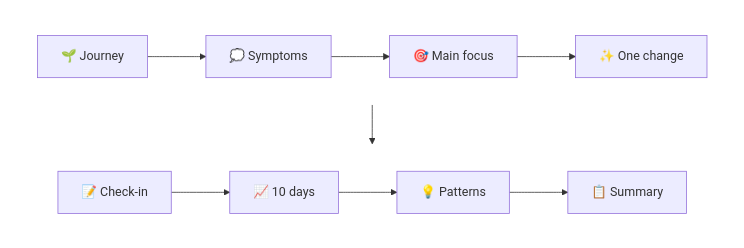
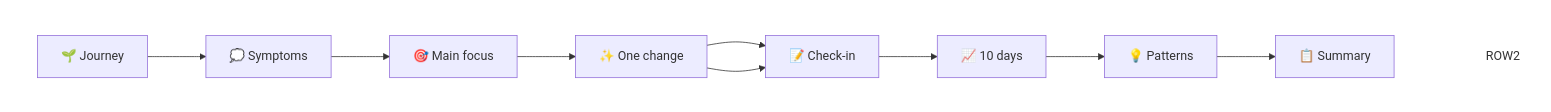
One commit to Huth-P/vitality-flow-splash changed the diagram in README.md. Above: the diagram before and after it, drawn with Mermaid.

Commit message:
Enhance flowchart with additional check-in steps
Expanded the flowchart in the README to include additional steps.

````diff
--- a/README.md
+++ b/README.md
@@ -29,18 +29,13 @@
 ```mermaid
 flowchart TB
 
     subgraph ROW1[" "]
         direction LR
-        A["🌱 Journey"] --> B["💭 Symptoms"] --> C["🎯 Main focus"] --> D["✨ One change"]
-    end
-
-    subgraph ROW2[" "]
-        direction LR
-        E["📝 Check-in"] --> F["📈 10 days"] --> G["💡 Patterns"] --> H["📋 Summary"]
+        A["🌱 Journey"] --> B["💭 Symptoms"] --> C["🎯 Main focus"] --> D["✨ One change"] --> E["📝 Check-in"] --> F["📈 10 days"] --> G["💡 Patterns"] --> H["📋 Summary"]
     end
 
     D --> E
 
     style ROW1 fill:transparent,stroke:transparent
     style ROW2 fill:transparent,stroke:transparent
 ```
````
